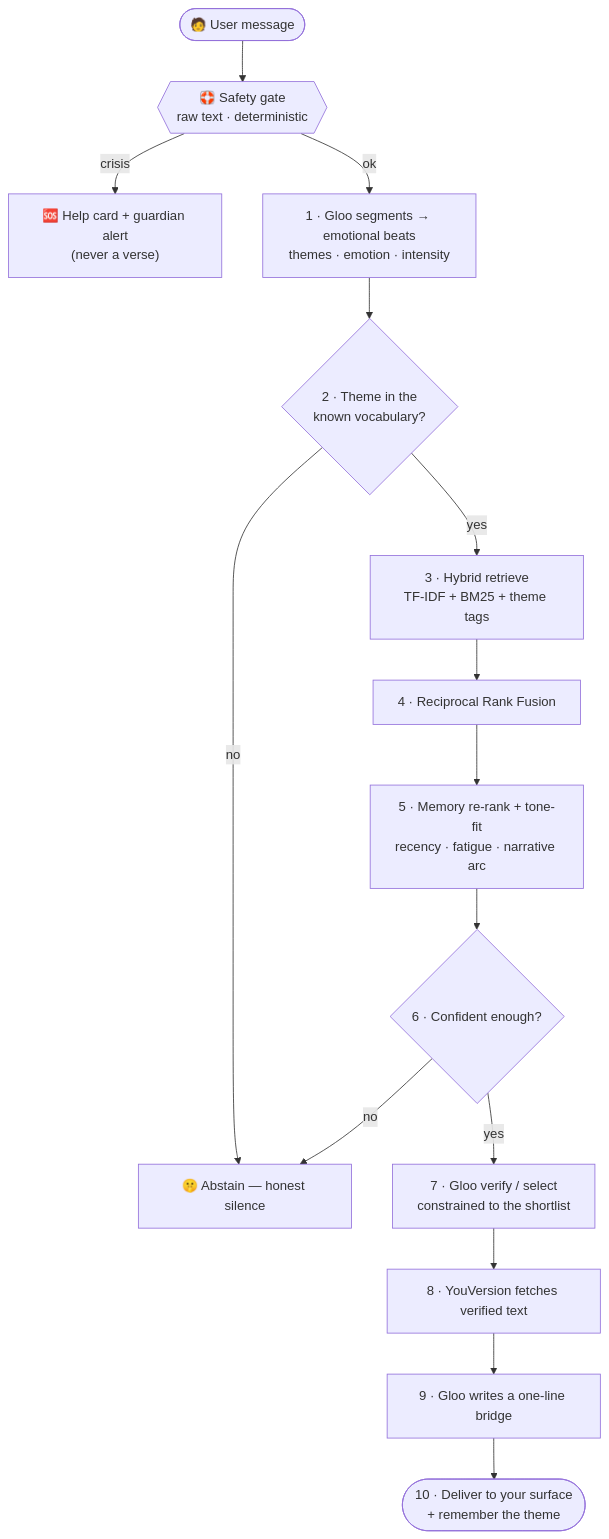
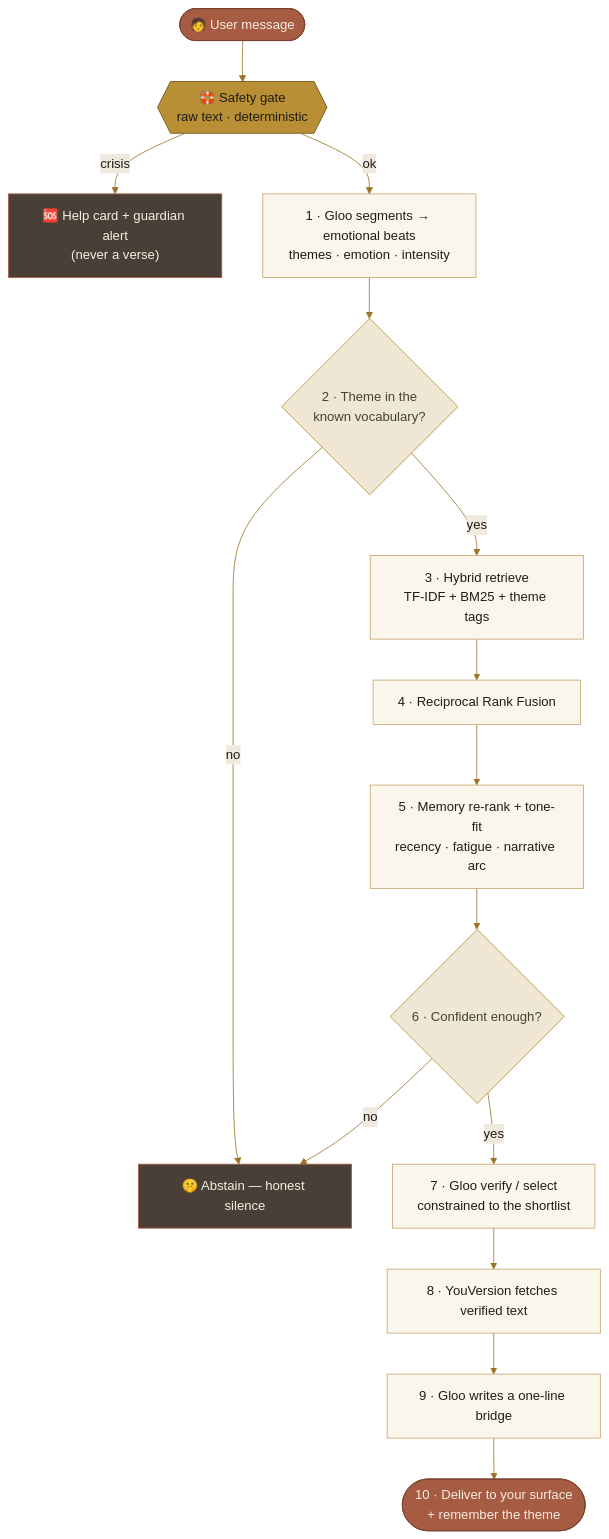
The third of 3 diagrams in README.md (krizz711/resonate), drawn with Mermaid before and after one commit. The commit also changed other lines of this file, not shown here.

First line of the commit message:
README: premium palette for all three Mermaid diagrams

````diff
--- a/README.md
+++ b/README.md
@@ -154,17 +172,29 @@
 ```mermaid
+%%{init: {'theme':'base','themeVariables':{'fontFamily':'Georgia, serif','lineColor':'#9a7529','primaryColor':'#faf6ec','primaryTextColor':'#211d17','primaryBorderColor':'#a65b43','edgeLabelBackground':'#efe9df'}}}%%
 flowchart TD
     M(["🧑 User message"]) --> S{{"🛟 Safety gate<br/>raw text · deterministic"}}
     S -->|crisis| H["🆘 Help card + guardian alert<br/>(never a verse)"]
     S -->|ok| SEG["1 · Gloo segments → emotional beats<br/>themes · emotion · intensity"]
     SEG --> K{"2 · Theme in the<br/>known vocabulary?"}
     K -->|no| AB["🤫 Abstain — honest silence"]
     K -->|yes| R["3 · Hybrid retrieve<br/>TF-IDF + BM25 + theme tags"]
     R --> RRF["4 · Reciprocal Rank Fusion"]
     RRF --> RR["5 · Memory re-rank + tone-fit<br/>recency · fatigue · narrative arc"]
     RR --> C{"6 · Confident enough?"}
     C -->|no| AB
     C -->|yes| V["7 · Gloo verify / select<br/>constrained to the shortlist"]
     V --> F["8 · YouVersion fetches verified text"]
     F --> B["9 · Gloo writes a one-line bridge"]
     B --> D(["10 · Deliver to your surface<br/>+ remember the theme"])
+
+    classDef term fill:#a65b43,stroke:#7a3f2d,stroke-width:1px,color:#f7ece2;
+    classDef gate fill:#b98f35,stroke:#7d5f1e,stroke-width:1.2px,color:#211d17;
+    classDef step fill:#faf6ec,stroke:#c9a56f,stroke-width:1px,color:#211d17;
+    classDef decision fill:#efe6d4,stroke:#b98f35,stroke-width:1px,color:#4a3f36;
+    classDef stop fill:#4a3f36,stroke:#a65b43,stroke-width:1px,color:#f4efe3;
+    class M,D term;
+    class S gate;
+    class SEG,R,RRF,RR,V,F,B step;
+    class K,C decision;
+    class H,AB stop;
 ```
````
